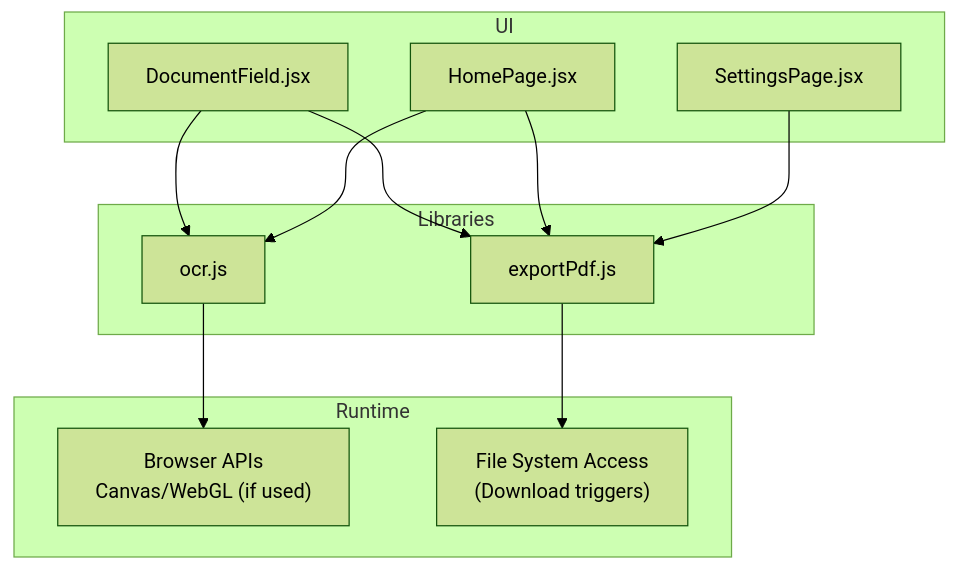
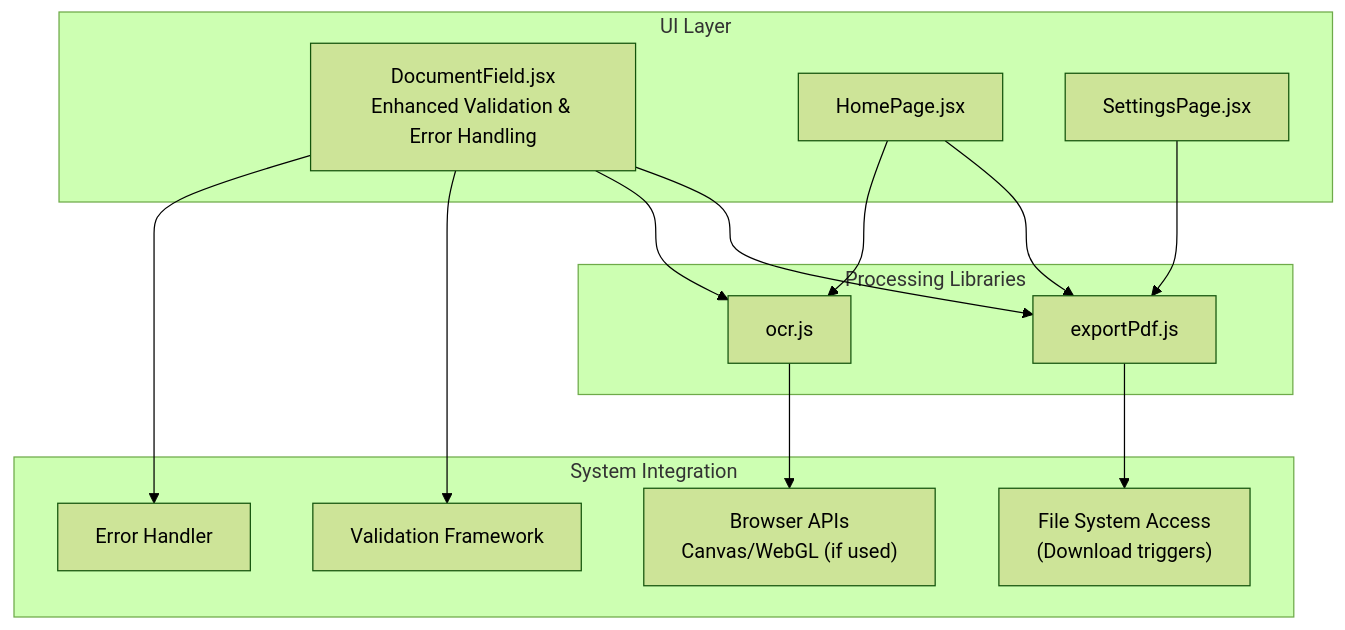
One commit to zmyeo54/briefroom changed the first of 6 diagrams in .qoder/repowiki/en/content/Utility Libraries/Document Processing.md. Above: the diagram before and after it, drawn with Mermaid (forest theme). The commit also changed other lines of this file and 32 other files, not shown here.

````diff
--- a/.qoder/repowiki/en/content/Utility Libraries/Document Processing.md
+++ b/.qoder/repowiki/en/content/Utility Libraries/Document Processing.md
@@ -35,23 +45,27 @@
 ```mermaid
 graph TB
-subgraph "UI"
-DF["DocumentField.jsx"]
+subgraph "UI Layer"
+DF["DocumentField.jsx<br/>Enhanced Validation & Error Handling"]
 HP["HomePage.jsx"]
 SP["SettingsPage.jsx"]
 end
-subgraph "Libraries"
+subgraph "Processing Libraries"
 EP["exportPdf.js"]
 OC["ocr.js"]
 end
-subgraph "Runtime"
+subgraph "System Integration"
 B["Browser APIs<br/>Canvas/WebGL (if used)"]
 FS["File System Access<br/>(Download triggers)"]
+VF["Validation Framework"]
+EH["Error Handler"]
 end
 DF --> EP
 HP --> EP
 SP --> EP
 DF --> OC
 HP --> OC
+DF --> VF
+DF --> EH
 EP --> FS
 OC --> B
 ```
````
